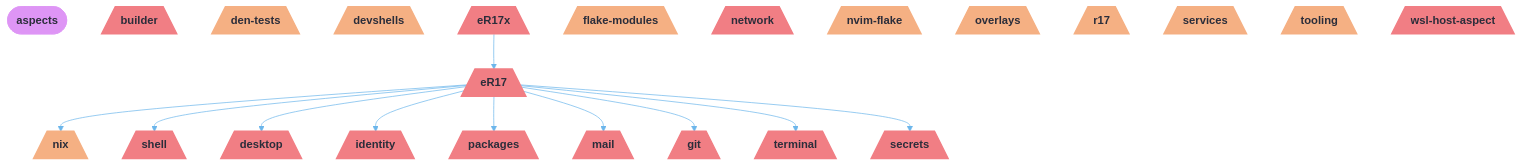
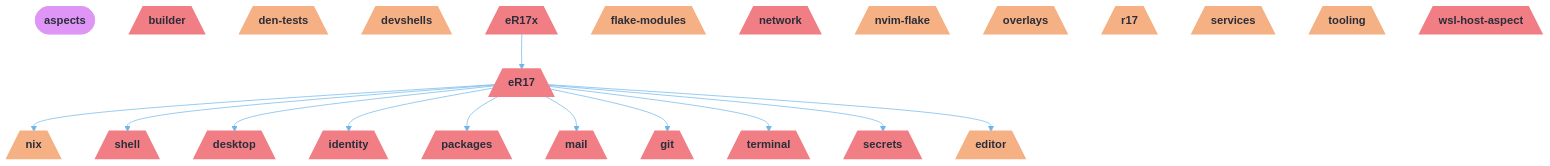
Before and after one commit to r17x/universe: the first of 5 diagrams in README.md, drawn with Mermaid. The commit also changed other lines of this file and 11 other files, not shown here.

````diff
--- a/README.md
+++ b/README.md
@@ -75,62 +75,65 @@
 ```mermaid
 %%{init: {"theme":"base","themeVariables":{"activationBkgColor":"#EC7279","activationBorderColor":"#EF9F76","actorBkg":"#EC7279","actorBorder":"#6CB6EB","actorLineColor":"#6CB6EB","actorTextColor":"#D38AEA","background":"#2B2D3A","classText":"#D38AEA","clusterBkg":"#EC7279","clusterBorder":"#EF9F76","edgeLabelBackground":"#2B2D3A","labelBoxBkgColor":"#EC7279","labelBoxBorderColor":"#6CB6EB","labelTextColor":"#D38AEA","lineColor":"#6CB6EB","loopTextColor":"#D38AEA","mainBkg":"#EC7279","nodeBkg":"#EC7279","nodeBorder":"#6CB6EB","nodeTextColor":"#D38AEA","noteBkgColor":"#EC7279","noteBorderColor":"#EF9F76","noteTextColor":"#D38AEA","pie1":"#3D3D40","pie2":"#F17E84","pie3":"#B1D48B","pie4":"#F5B083","pie5":"#7EC1F5","pie6":"#DE95F5","pie7":"#68C7CD","pie8":"#F0F4FA","pieLegendTextColor":"#D38AEA","pieOuterStrokeColor":"#EF9F76","pieSectionTextColor":"#D38AEA","pieStrokeColor":"#EF9F76","pieTitleTextColor":"#D38AEA","primaryBorderColor":"#6CB6EB","primaryColor":"#EC7279","primaryTextColor":"#D38AEA","secondBkg":"#EC7279","secondaryBorderColor":"#EF9F76","secondaryColor":"#EC7279","secondaryTextColor":"#D38AEA","sequenceNumberColor":"#2B2D3A","signalColor":"#6CB6EB","signalTextColor":"#D38AEA","tertiaryBorderColor":"#EF9F76","tertiaryColor":"#EC7279","tertiaryTextColor":"#D38AEA","textColor":"#D38AEA","titleColor":"#D38AEA"}}}%%
 graph TD
   aspects([aspects]):::root
   builder[/"builder"\]:::builder_c
   den_tests[/"den-tests"\]:::den_tests_c
   desktop[/"desktop"\]:::desktop_c
   devshells[/"devshells"\]:::devshells_c
   eR17[/"eR17"\]:::eR17_c
   eR17x[/"eR17x"\]:::eR17x_c
+  editor[/"editor"\]:::editor_c
   flake_modules[/"flake-modules"\]:::flake_modules_c
   git[/"git"\]:::git_c
   identity[/"identity"\]:::identity_c
   mail[/"mail"\]:::mail_c
   network[/"network"\]:::network_c
   nix[/"nix"\]:::nix_c
   nvim_flake[/"nvim-flake"\]:::nvim_flake_c
   overlays[/"overlays"\]:::overlays_c
   packages[/"packages"\]:::packages_c
   r17[/"r17"\]:::r17_c
   secrets[/"secrets"\]:::secrets_c
   services[/"services"\]:::services_c
   shell[/"shell"\]:::shell_c
   terminal[/"terminal"\]:::terminal_c
   tooling[/"tooling"\]:::tooling_c
   wsl_host_aspect[/"wsl-host-aspect"\]:::wsl_host_aspect_c
 
   eR17 --> nix
   eR17 --> shell
   eR17 --> desktop
   eR17 --> identity
   eR17 --> packages
   eR17 --> mail
   eR17 --> git
   eR17 --> terminal
   eR17 --> secrets
+  eR17 --> editor
   eR17x --> eR17
 
   classDef root fill:#DE95F5,stroke:#DE95F5,color:#2B2D3A,font-weight:bold
   classDef builder_c fill:#F17E84,stroke:#F17E84,color:#2B2D3A,stroke-width:2px
   classDef den_tests_c fill:#F5B083,stroke:#F5B083,color:#2B2D3A,stroke-width:2px
   classDef desktop_c fill:#F17E84,stroke:#F17E84,color:#2B2D3A,stroke-width:2px
   classDef devshells_c fill:#F5B083,stroke:#F5B083,color:#2B2D3A,stroke-width:2px
   classDef eR17_c fill:#F17E84,stroke:#F17E84,color:#2B2D3A,stroke-width:2px
   classDef eR17x_c fill:#F17E84,stroke:#F17E84,color:#2B2D3A,stroke-width:2px
+  classDef editor_c fill:#F5B083,stroke:#F5B083,color:#2B2D3A,stroke-width:2px
   classDef flake_modules_c fill:#F5B083,stroke:#F5B083,color:#2B2D3A,stroke-width:2px
   classDef git_c fill:#F17E84,stroke:#F17E84,color:#2B2D3A,stroke-width:2px
   classDef identity_c fill:#F17E84,stroke:#F17E84,color:#2B2D3A,stroke-width:2px
   classDef mail_c fill:#F17E84,stroke:#F17E84,color:#2B2D3A,stroke-width:2px
   classDef network_c fill:#F17E84,stroke:#F17E84,color:#2B2D3A,stroke-width:2px
   classDef nix_c fill:#F5B083,stroke:#F5B083,color:#2B2D3A,stroke-width:2px
   classDef nvim_flake_c fill:#F5B083,stroke:#F5B083,color:#2B2D3A,stroke-width:2px
   classDef overlays_c fill:#F5B083,stroke:#F5B083,color:#2B2D3A,stroke-width:2px
   classDef packages_c fill:#F17E84,stroke:#F17E84,color:#2B2D3A,stroke-width:2px
   classDef r17_c fill:#F5B083,stroke:#F5B083,color:#2B2D3A,stroke-width:2px
   classDef secrets_c fill:#F17E84,stroke:#F17E84,color:#2B2D3A,stroke-width:2px
   classDef services_c fill:#F5B083,stroke:#F5B083,color:#2B2D3A,stroke-width:2px
   classDef shell_c fill:#F17E84,stroke:#F17E84,color:#2B2D3A,stroke-width:2px
   classDef terminal_c fill:#F17E84,stroke:#F17E84,color:#2B2D3A,stroke-width:2px
   classDef tooling_c fill:#F5B083,stroke:#F5B083,color:#2B2D3A,stroke-width:2px
   classDef wsl_host_aspect_c fill:#F17E84,stroke:#F17E84,color:#2B2D3A,stroke-width:2px
 ```
````
